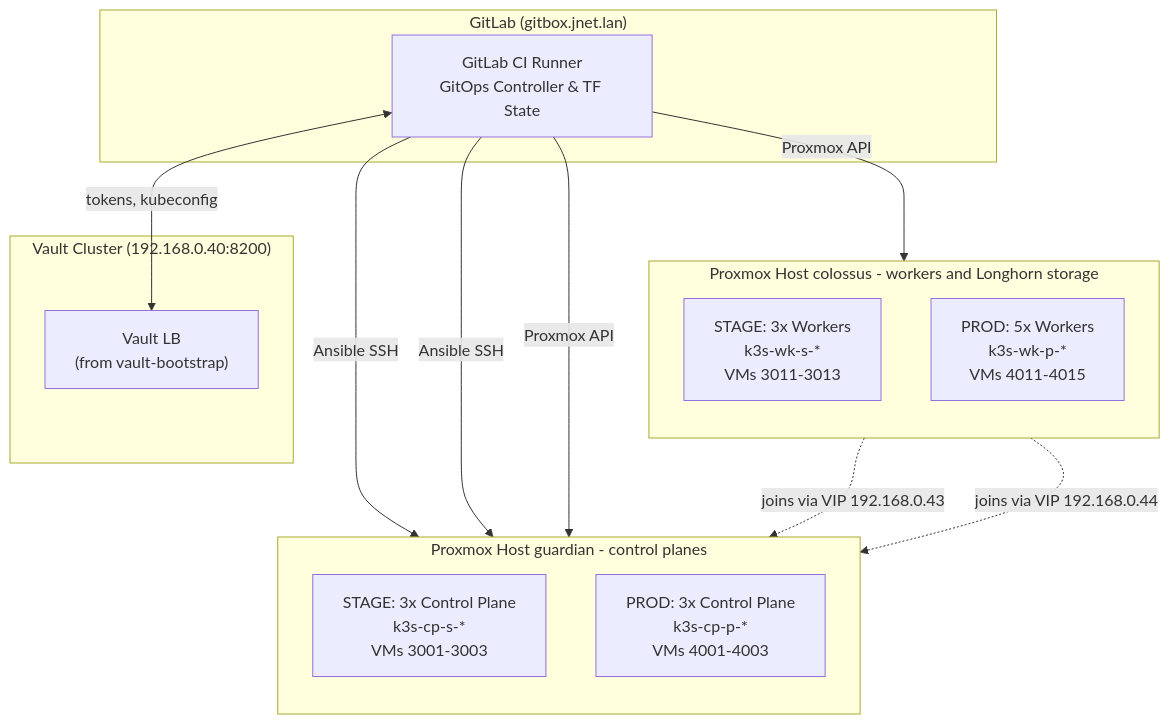
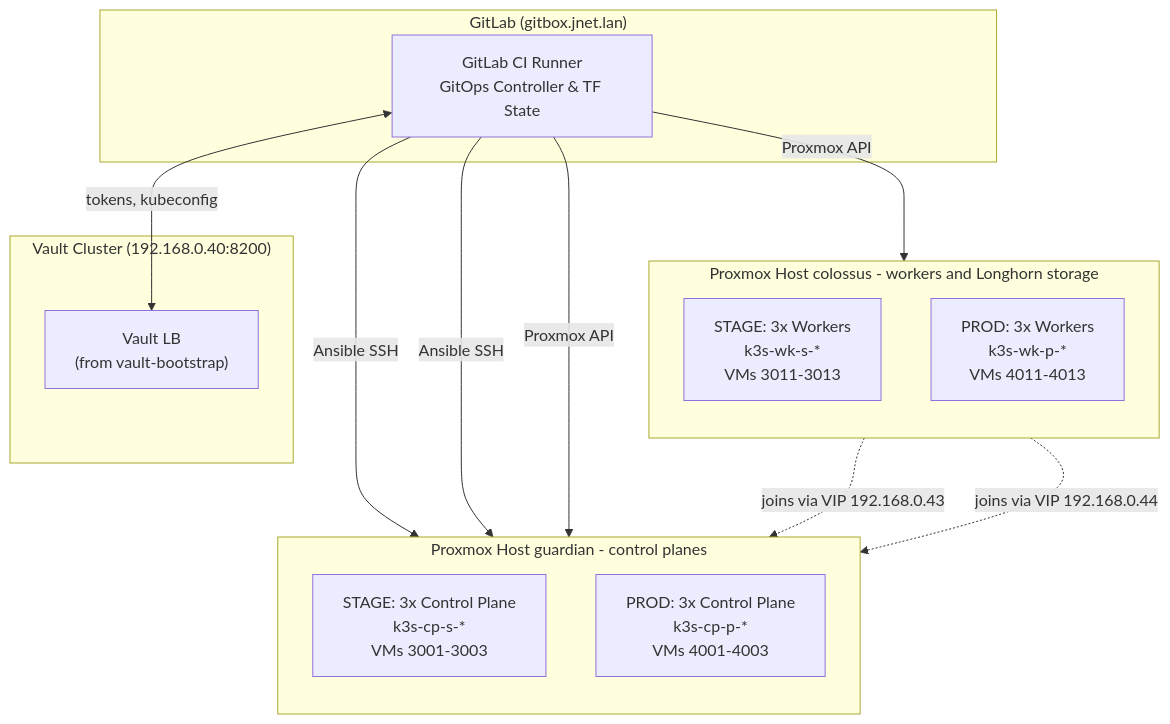
The diagram in README.md (antonj-code/infra-k3s-bootstrap), drawn with Mermaid before and after one commit. The commit also changed other lines of this file and 8 other files, not shown here.

````diff
--- a/README.md
+++ b/README.md
@@ -11,31 +11,31 @@
 ```mermaid
 flowchart TB
     subgraph Host1["Proxmox Host guardian - control planes"]
         direction TB
         CP1["STAGE: 3x Control Plane<br/>k3s-cp-s-*<br/>VMs 3001-3003"]
         CP2["PROD: 3x Control Plane<br/>k3s-cp-p-*<br/>VMs 4001-4003"]
     end
 
     subgraph Host2["Proxmox Host colossus - workers and Longhorn storage"]
         direction TB
         WK1["STAGE: 3x Workers<br/>k3s-wk-s-*<br/>VMs 3011-3013"]
-        WK2["PROD: 5x Workers<br/>k3s-wk-p-*<br/>VMs 4011-4015"]
+        WK2["PROD: 3x Workers<br/>k3s-wk-p-*<br/>VMs 4011-4013"]
     end
 
     subgraph Secrets["Vault Cluster (192.168.0.40:8200)"]
         VLB["Vault LB<br/>(from vault-bootstrap)"]
     end
 
     subgraph CI["GitLab (gitbox.jnet.lan)"]
         GL["GitLab CI Runner<br/>GitOps Controller & TF State"]
     end
 
     WK1 -.->|joins via VIP 192.168.0.43| CP1
     WK2 -.->|joins via VIP 192.168.0.44| CP2
 
     GL -->|Proxmox API| Host1
     GL -->|Proxmox API| Host2
     GL -->|Ansible SSH| CP1
     GL -->|Ansible SSH| CP2
     GL <-->|tokens, kubeconfig| VLB
 ```
````
